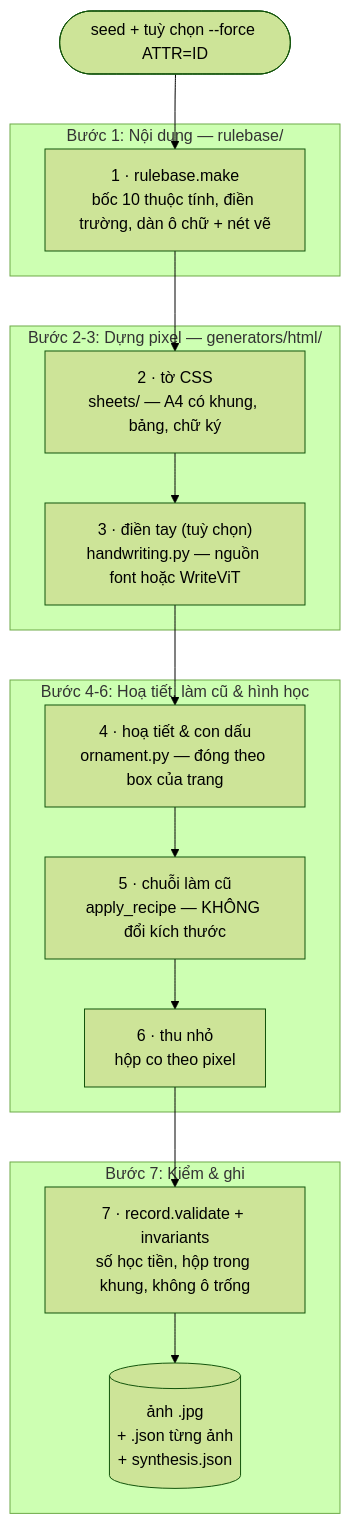
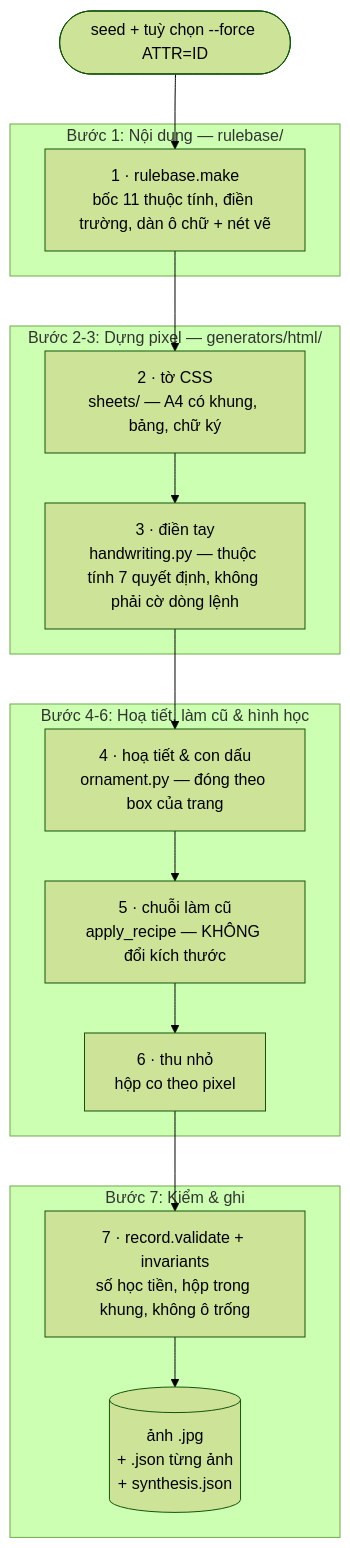
Before and after one commit to LinhPhuong14/vlm-ocr-synthetic: the first of 5 diagrams in README.md, drawn with Mermaid (forest theme). The commit also changed other lines of this file and 119 other files, not shown here.

````diff
--- a/README.md
+++ b/README.md
@@ -74,24 +74,24 @@
 ```mermaid
 flowchart TD
     seed(["seed + tuỳ chọn --force ATTR=ID"]) --> A
 
     subgraph S1 ["Bước 1: Nội dung — rulebase/"]
-        A["1 · rulebase.make<br/>bốc 10 thuộc tính, điền trường, dàn ô chữ + nét vẽ"]
+        A["1 · rulebase.make<br/>bốc 11 thuộc tính, điền trường, dàn ô chữ + nét vẽ"]
     end
 
     subgraph S2 ["Bước 2-3: Dựng pixel — generators/html/"]
         A --> D2["2 · tờ CSS<br/>sheets/ — A4 có khung, bảng, chữ ký"]
-        D2 --> D3["3 · điền tay (tuỳ chọn)<br/>handwriting.py — nguồn font hoặc WriteViT"]
+        D2 --> D3["3 · điền tay<br/>handwriting.py — thuộc tính 7 quyết định, không phải cờ dòng lệnh"]
     end
 
     subgraph S3 ["Bước 4-6: Hoạ tiết, làm cũ & hình học"]
         D3 --> F["4 · hoạ tiết & con dấu<br/>ornament.py — đóng theo box của trang"]
         F --> E["5 · chuỗi làm cũ<br/>apply_recipe — KHÔNG đổi kích thước"]
         E --> G["6 · thu nhỏ<br/>hộp co theo pixel"]
     end
 
     subgraph S4 ["Bước 7: Kiểm & ghi"]
         G --> H["7 · record.validate + invariants<br/>số học tiền, hộp trong khung, không ô trống"]
         H --> O[("ảnh .jpg<br/>+ .json từng ảnh<br/>+ synthesis.json")]
     end
 ```
````
